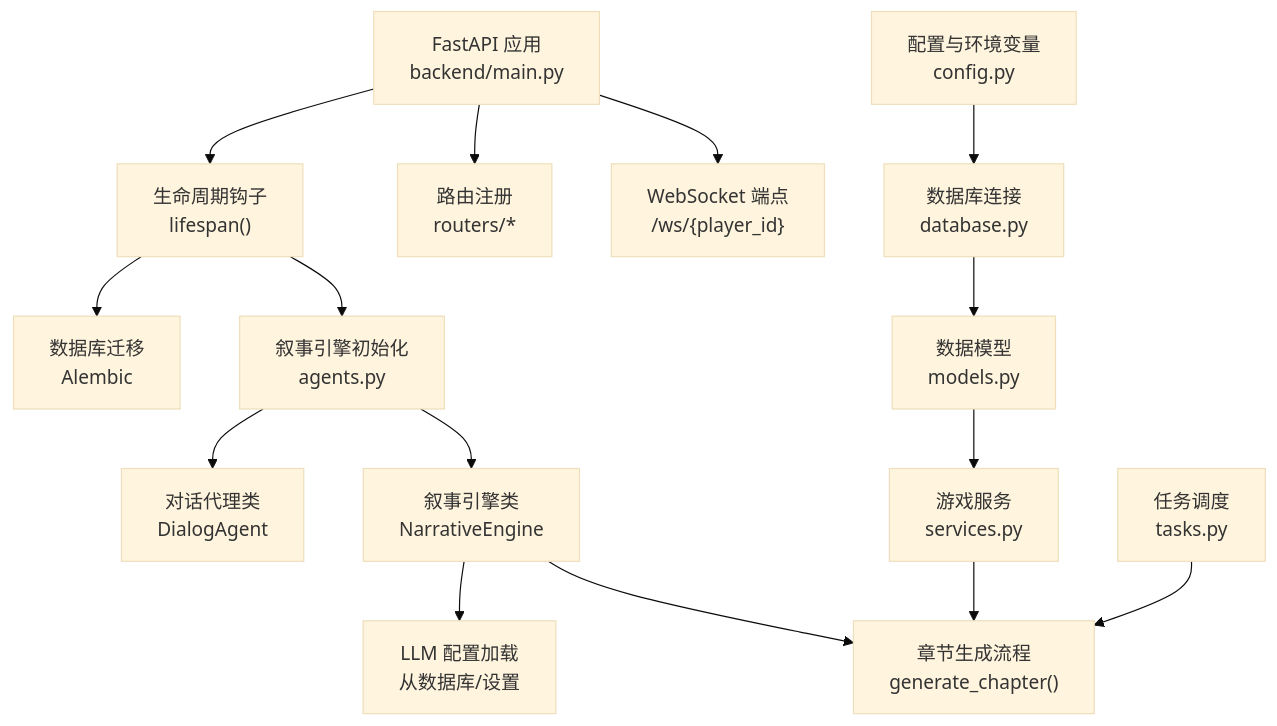
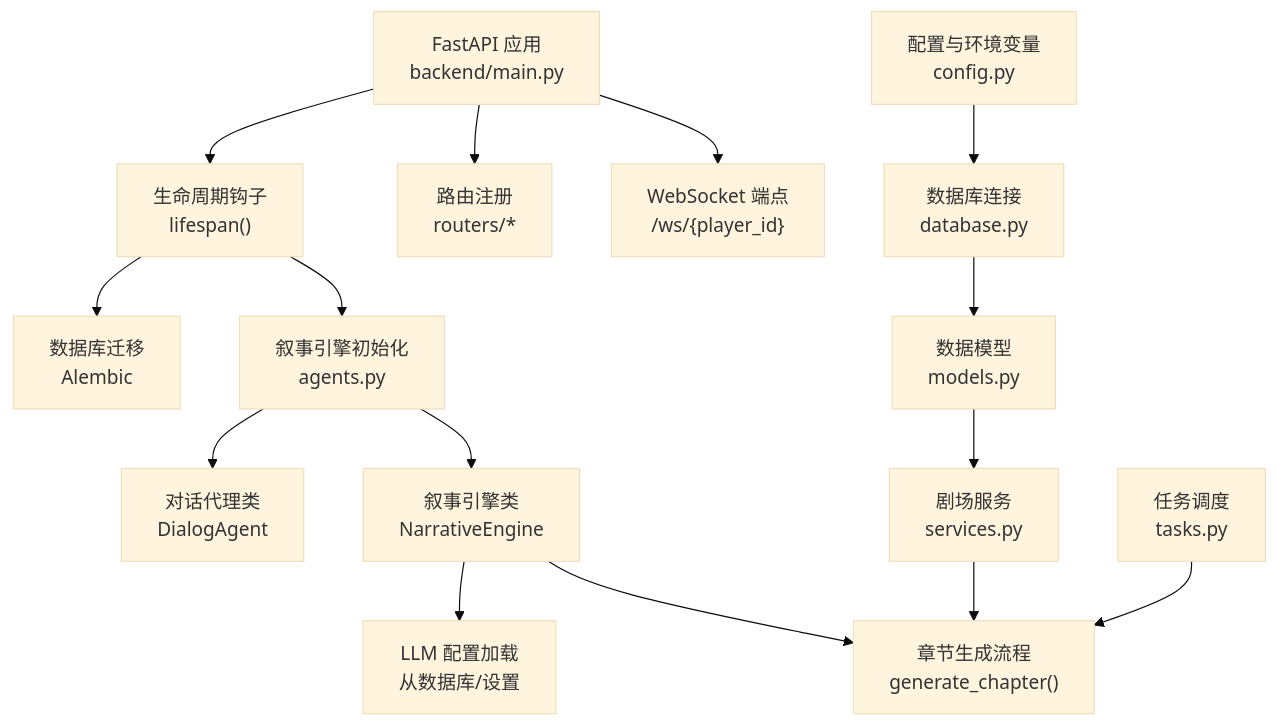
Before and after one commit to KunLabAI/KunFlix: the first of 8 diagrams in .qoder/repowiki/zh/content/故障排除/智能体系统问题/智能体调试工具.md, drawn with Mermaid (base theme). The commit also changed other lines of this file and 112 other files, not shown here.

````diff
--- a/.qoder/repowiki/zh/content/故障排除/智能体系统问题/智能体调试工具.md
+++ b/.qoder/repowiki/zh/content/故障排除/智能体系统问题/智能体调试工具.md
@@ -40,17 +40,17 @@
 ```mermaid
 graph TB
 A["FastAPI 应用<br/>backend/main.py"] --> B["生命周期钩子<br/>lifespan()"]
 A --> C["路由注册<br/>routers/*"]
 A --> D["WebSocket 端点<br/>/ws/{player_id}"]
 B --> E["数据库迁移<br/>Alembic"]
 B --> F["叙事引擎初始化<br/>agents.py"]
 F --> G["对话代理类<br/>DialogAgent"]
 F --> H["叙事引擎类<br/>NarrativeEngine"]
 H --> I["LLM 配置加载<br/>从数据库/设置"]
 H --> J["章节生成流程<br/>generate_chapter()"]
-K["游戏服务<br/>services.py"] --> J
+K["剧场服务<br/>services.py"] --> J
 L["数据模型<br/>models.py"] --> K
 M["数据库连接<br/>database.py"] --> L
 N["配置与环境变量<br/>config.py"] --> M
 O["任务调度<br/>tasks.py"] --> J
 ```
````
